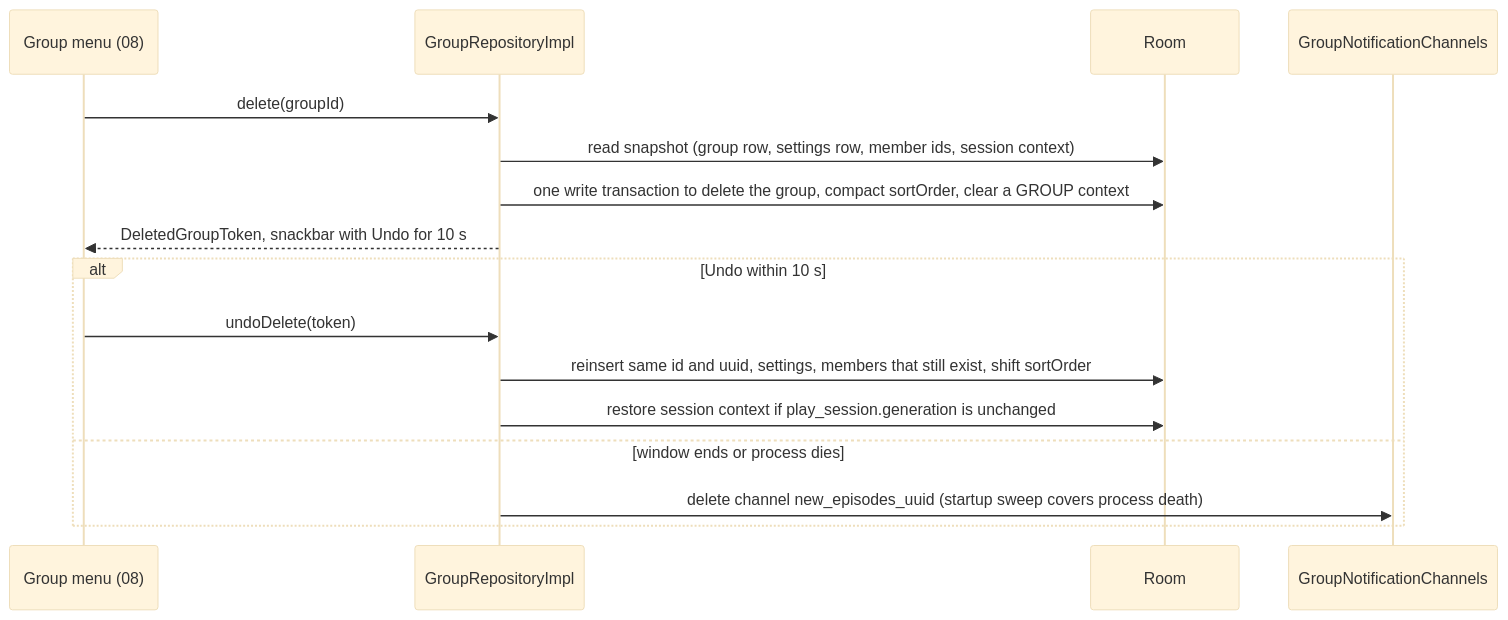
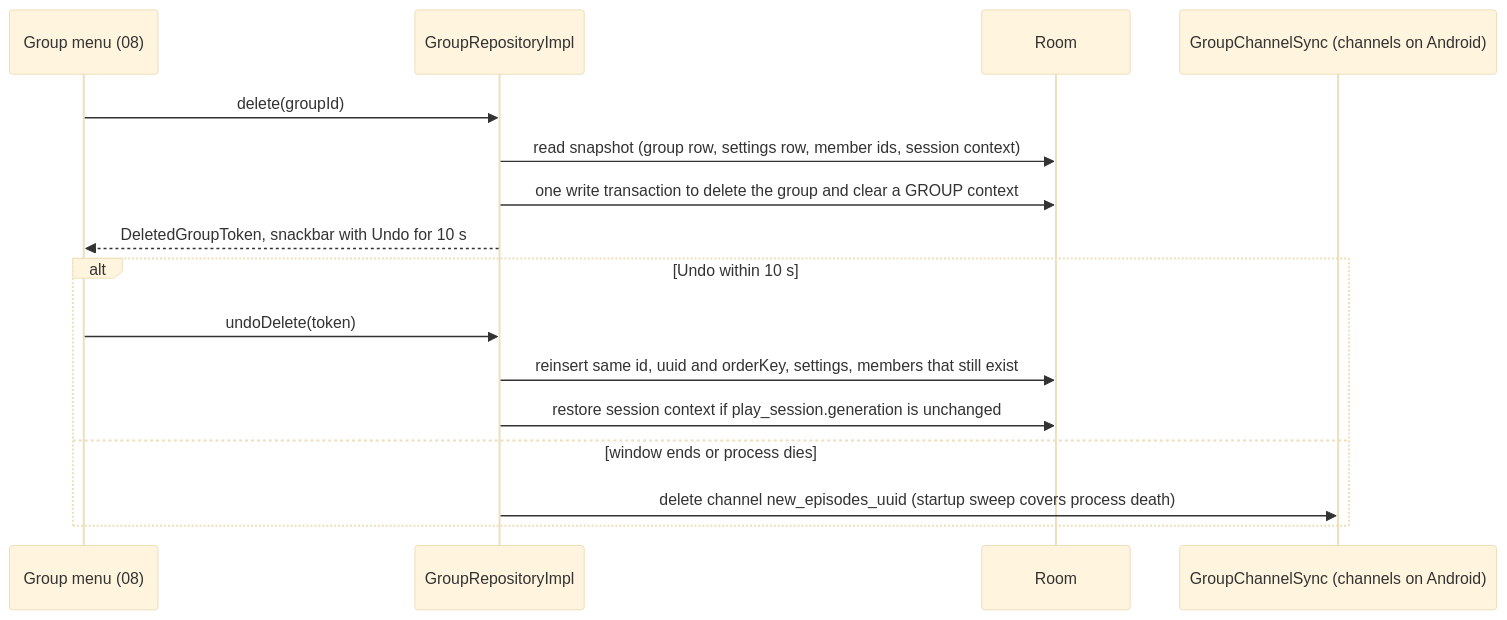
One commit to BigBoyDevBox/Neutrodyne changed the second of 8 diagrams in docs/design/05-groups-opml-backup.md. Above: the diagram before and after it, drawn with Mermaid (base theme). The commit also changed other lines of this file and 2 other files, not shown here.

````diff
--- a/docs/design/05-groups-opml-backup.md
+++ b/docs/design/05-groups-opml-backup.md
@@ -232,18 +268,18 @@
 ```mermaid
 sequenceDiagram
   participant UI as Group menu (08)
   participant GR as GroupRepositoryImpl
   participant DB as Room
-  participant CH as GroupNotificationChannels
+  participant CH as GroupChannelSync (channels on Android)
   UI->>GR: delete(groupId)
   GR->>DB: read snapshot (group row, settings row, member ids, session context)
-  GR->>DB: one write transaction to delete the group, compact sortOrder, clear a GROUP context
+  GR->>DB: one write transaction to delete the group and clear a GROUP context
   GR-->>UI: DeletedGroupToken, snackbar with Undo for 10 s
   alt Undo within 10 s
     UI->>GR: undoDelete(token)
-    GR->>DB: reinsert same id and uuid, settings, members that still exist, shift sortOrder
+    GR->>DB: reinsert same id, uuid and orderKey, settings, members that still exist
     GR->>DB: restore session context if play_session.generation is unchanged
   else window ends or process dies
     GR->>CH: delete channel new_episodes_uuid (startup sweep covers process death)
   end
 ```
````
